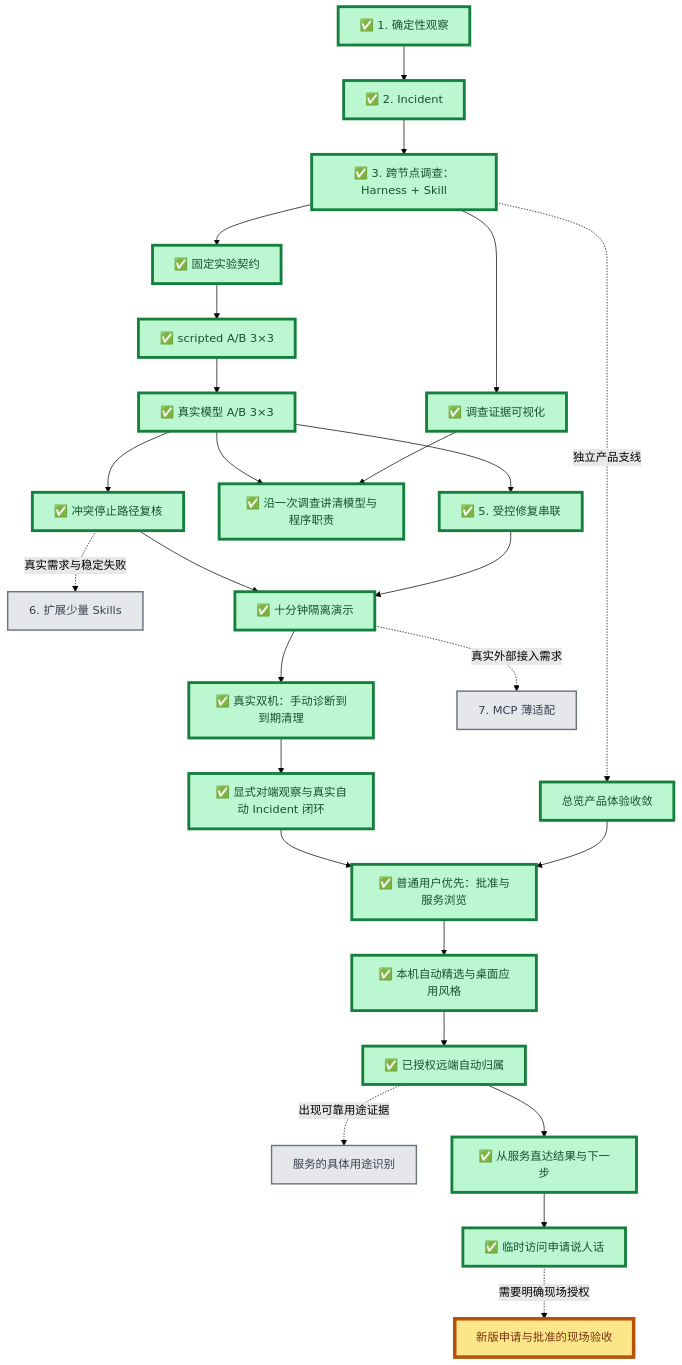
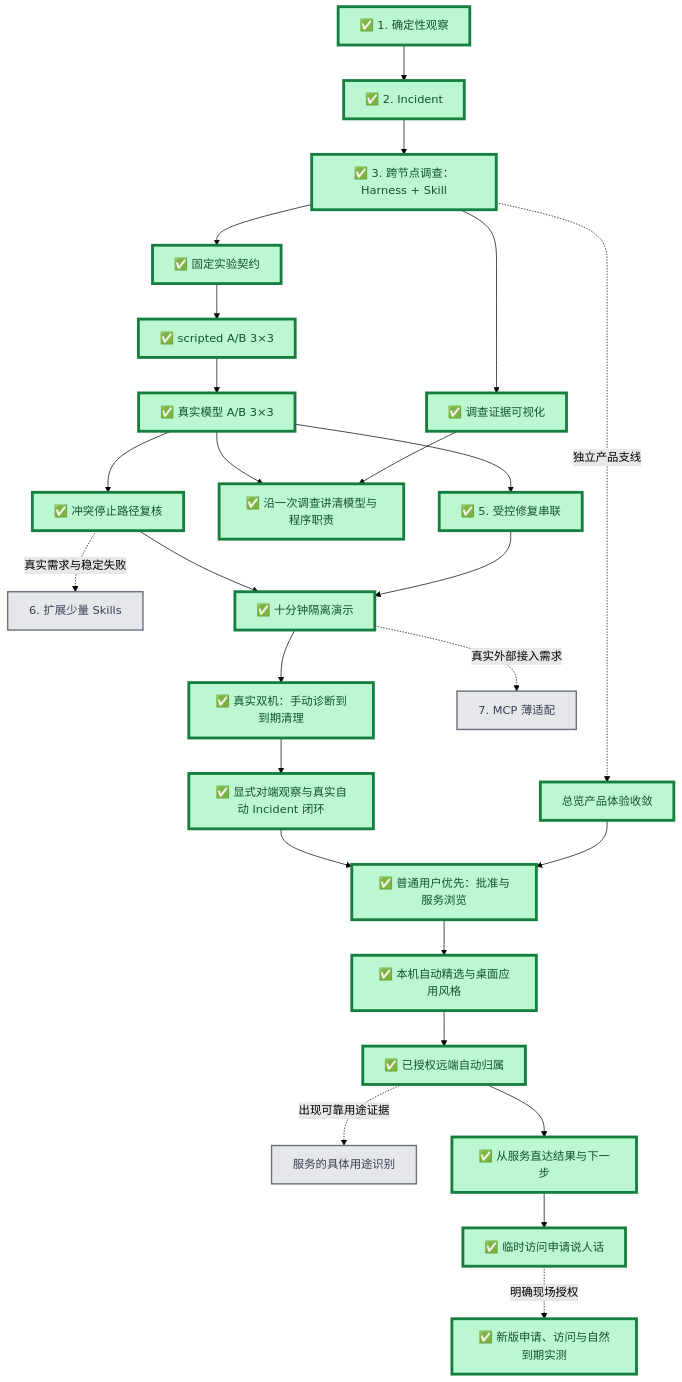
Before and after one commit to Sugarfarmeriod/TunnelMinion: the first of 2 diagrams in docs/project/roadmap.md, drawn with Mermaid (forest theme). The commit also changed other lines of this file and 2 other files, not shown here.

Commit message:
test: 记录新版双机访问与自然到期现场验收

````diff
--- a/docs/project/roadmap.md
+++ b/docs/project/roadmap.md
@@ -8,48 +8,48 @@
 ```mermaid
 flowchart TB
     A["✅ 1. 确定性观察"] --> B["✅ 2. Incident"]
     B --> C["✅ 3. 跨节点调查：Harness + Skill"]
 
     C --> D1["✅ 固定实验契约"]
     D1 --> D2["✅ scripted A/B 3×3"]
     D2 --> D3["✅ 真实模型 A/B 3×3"]
 
     D3 --> E["✅ 5. 受控修复串联"]
     C --> V["✅ 调查证据可视化"]
     V --> W["✅ 沿一次调查讲清模型与程序职责"]
     D3 --> W
     D3 --> F["✅ 冲突停止路径复核"]
     F -.真实需求与稳定失败.-> K["6. 扩展少量 Skills"]
     E --> H["✅ 十分钟隔离演示"]
     F --> H
     H --> R["✅ 真实双机：手动诊断到到期清理"]
     R --> I["✅ 显式对端观察与真实自动 Incident 闭环"]
     H -.真实外部接入需求.-> G["7. MCP 薄适配"]
 
     C -.独立产品支线.-> U["总览产品体验收敛"]
     U --> P["✅ 普通用户优先：批准与服务浏览"]
     I --> P
     P --> Q["✅ 本机自动精选与桌面应用风格"]
     Q --> Q2["✅ 已授权远端自动归属"]
     Q2 -.出现可靠用途证据.-> Q3["服务的具体用途识别"]
     Q2 --> Q4["✅ 从服务直达结果与下一步"]
     Q4 --> Q5["✅ 临时访问申请说人话"]
-    Q5 -.需要明确现场授权.-> Q6["新版申请与批准的现场验收"]
+    Q5 -.明确现场授权.-> Q6["✅ 新版申请、访问与自然到期实测"]
 
     classDef done fill:#bbf7d0,stroke:#15803d,stroke-width:4px,color:#14532d;
     classDef current fill:#fde68a,stroke:#b45309,stroke-width:5px,color:#78350f;
     classDef next fill:#bfdbfe,stroke:#1d4ed8,stroke-width:3px,color:#1e3a8a;
     classDef later fill:#e5e7eb,stroke:#6b7280,stroke-width:2px,color:#374151;
     class A,B,C,D1,D2,D3,E,F,H,R,V done;
     class U done;
     class W done;
     class I done;
     class G,K later;
     class P done;
     class Q done;
     class Q2 done;
     class Q3 later;
     class Q4 done;
     class Q5 done;
-    class Q6 current;
+    class Q6 done;
 ```
````
